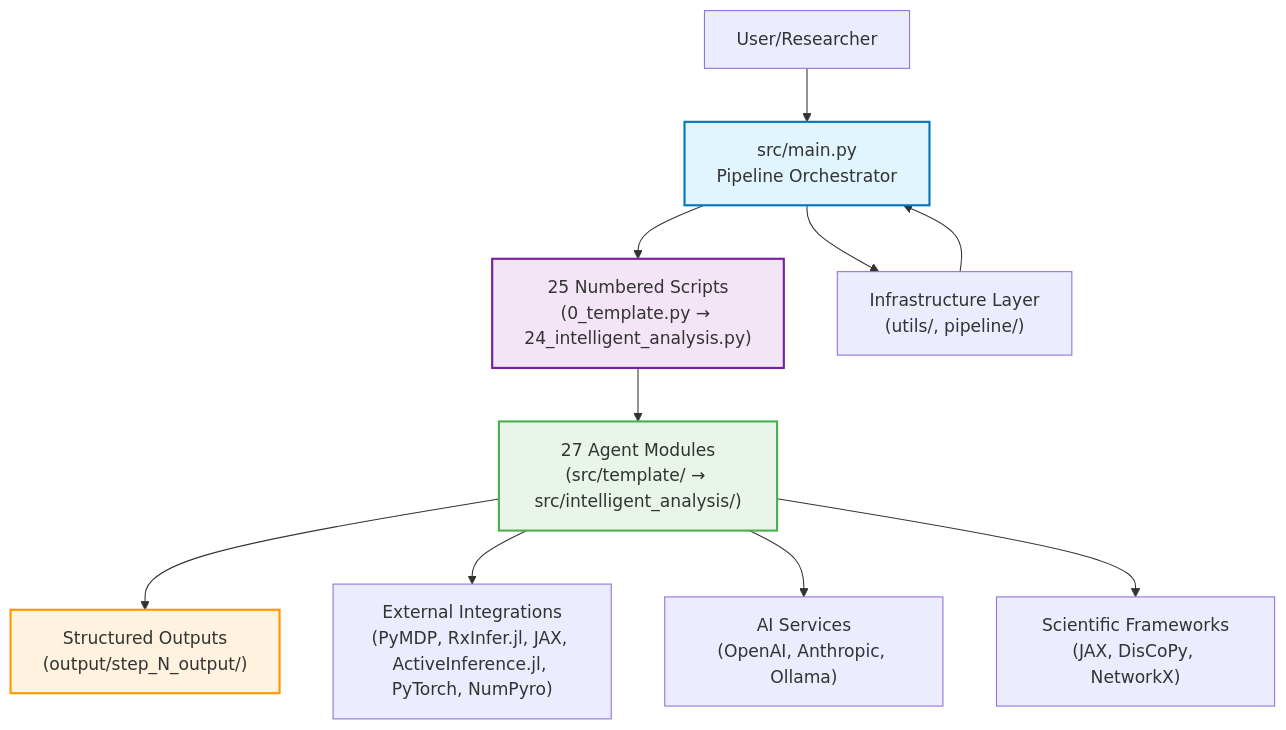
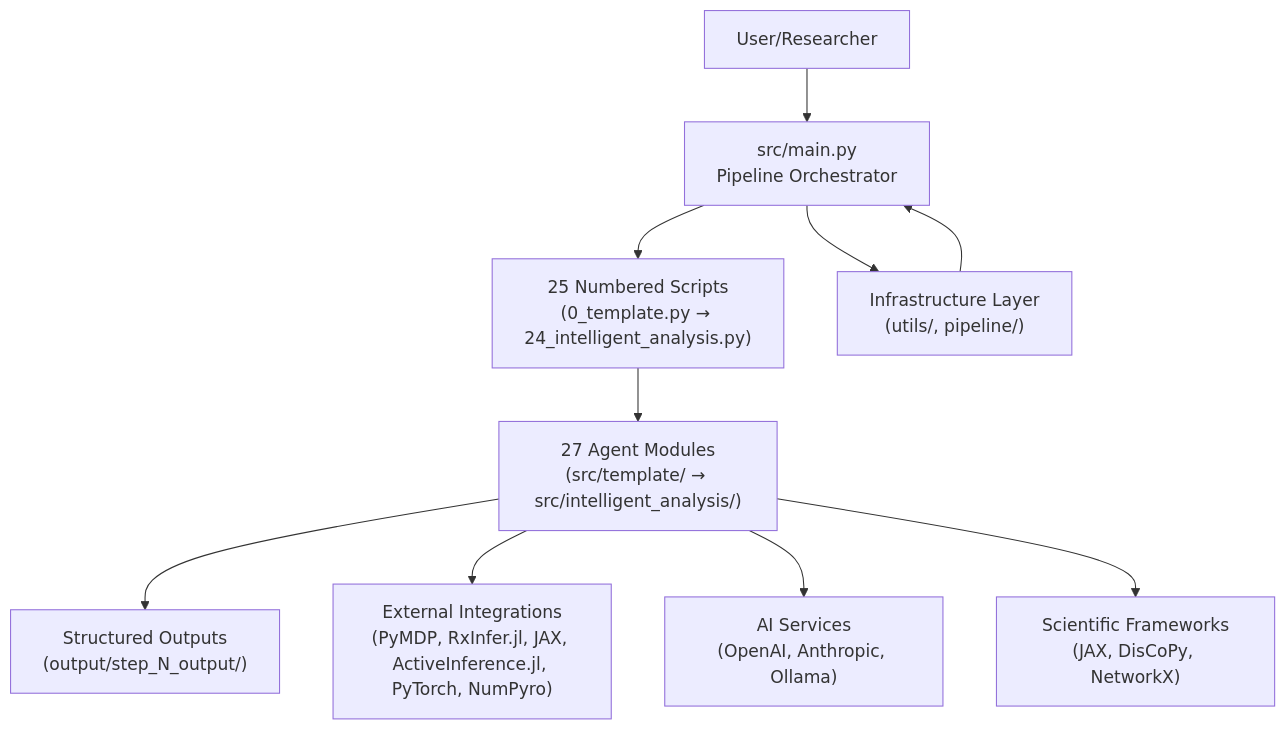
Before and after one commit to ActiveInferenceInstitute/GeneralizedNotationNotation: the first of 7 diagrams in ARCHITECTURE.md, drawn with Mermaid. The commit also changed other lines of this file and 1038 other files, not shown here.

````diff
--- a/ARCHITECTURE.md
+++ b/ARCHITECTURE.md
@@ -42,19 +42,16 @@
 ```mermaid
 graph TB
   A["User/Researcher"] --> B["src/main.py<br/>Pipeline Orchestrator"]
   B --> C["25 Numbered Scripts<br/>(0_template.py → 24_intelligent_analysis.py)"]
   C --> D["27 Agent Modules<br/>(src/template/ → src/intelligent_analysis/)"]
   D --> E["Structured Outputs<br/>(output/step_N_output/)"]
 
   B --> F["Infrastructure Layer<br/>(utils/, pipeline/)"]
   F --> B
 
   D --> G["External Integrations<br/>(PyMDP, RxInfer.jl, JAX, ActiveInference.jl, PyTorch, NumPyro)"]
   D --> H["AI Services<br/>(OpenAI, Anthropic, Ollama)"]
   D --> I["Scientific Frameworks<br/>(JAX, DisCoPy, NetworkX)"]
 
-  style B fill:#e1f5fe,stroke:#0277bd,stroke-width:2px
-  style C fill:#f3e5f5,stroke:#7b1fa2,stroke-width:2px
-  style D fill:#e8f5e8,stroke:#4caf50,stroke-width:2px
-  style E fill:#fff3e0,stroke:#ff9800,stroke-width:2px
+  %% styling intentionally omitted (theme-controlled)
 ```
````
